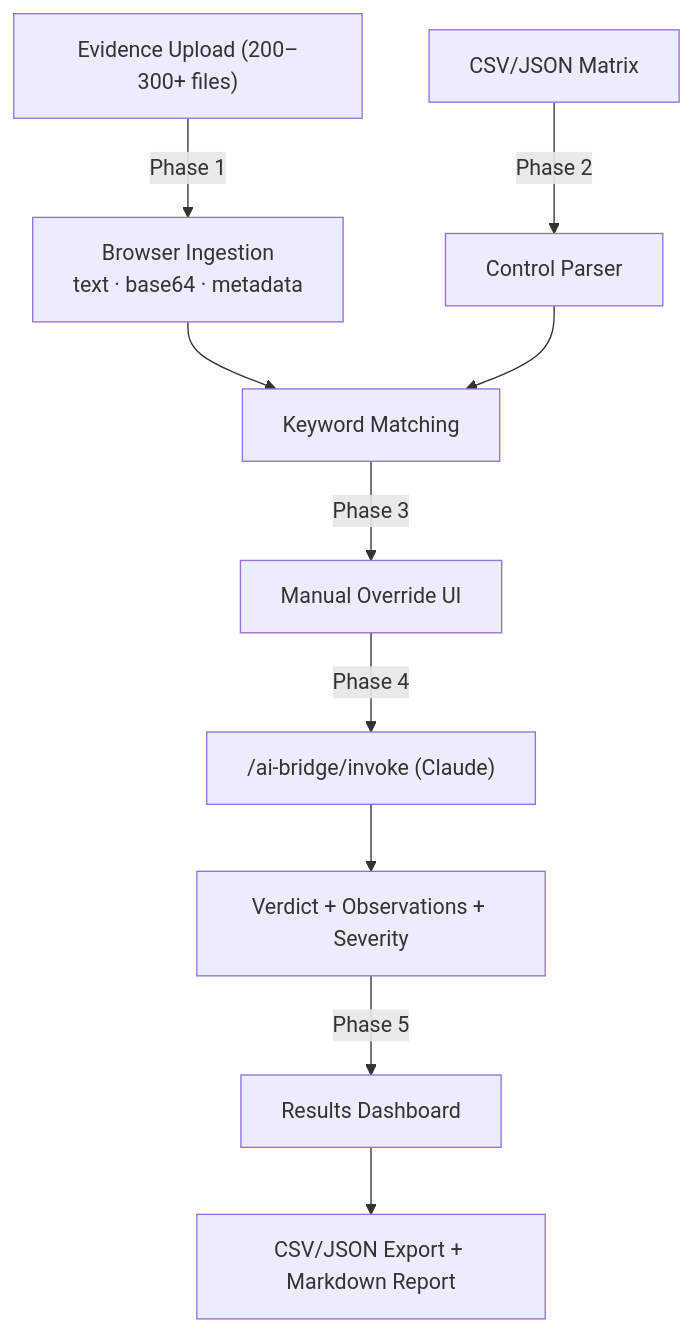
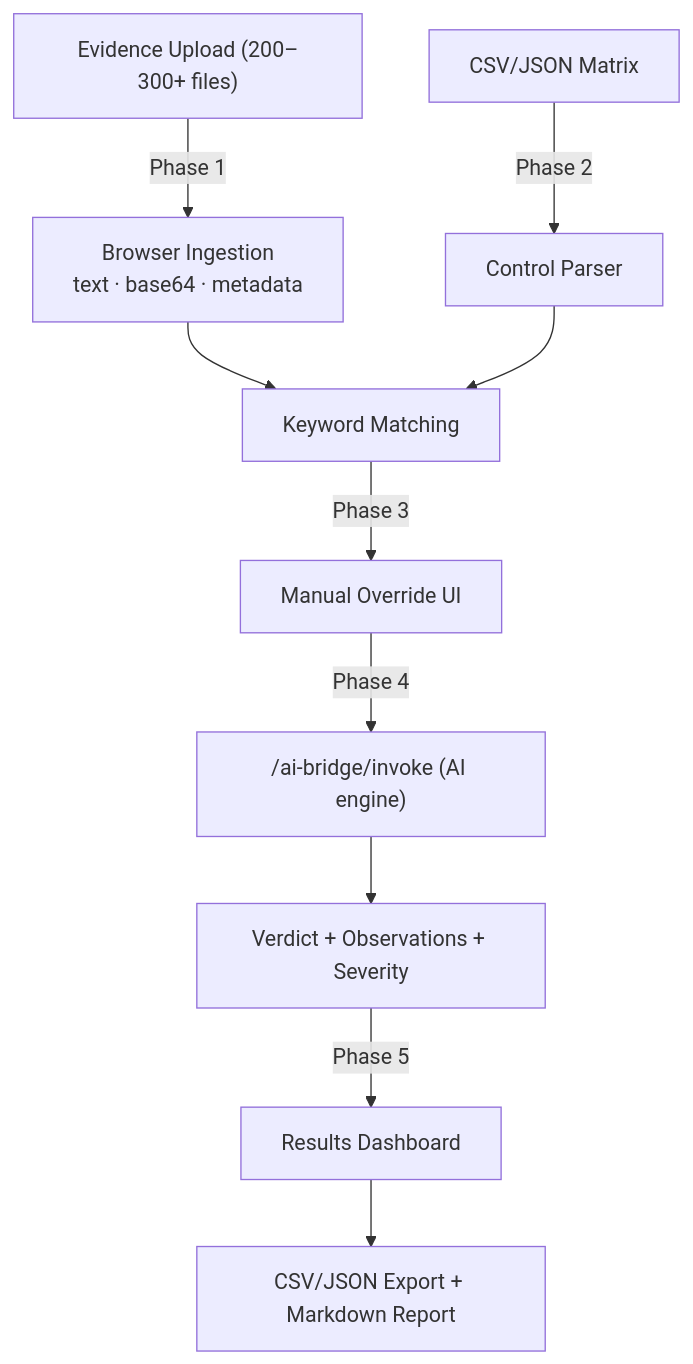
The sixth of 32 diagrams in concepts/Applications.md (transilienceai/docs), drawn with Mermaid before and after one commit. The commit also changed other lines of this file, not shown here.

````diff
--- a/concepts/Applications.md
+++ b/concepts/Applications.md
@@ -201,12 +201,12 @@
 ```mermaid
 flowchart TD
     A["Evidence Upload (200–300+ files)"] -->|Phase 1| B["Browser Ingestion<br/>text · base64 · metadata"]
     C["CSV/JSON Matrix"] -->|Phase 2| D["Control Parser"]
     B --> E["Keyword Matching"]
     D --> E
     E -->|Phase 3| F["Manual Override UI"]
-    F -->|Phase 4| G["/ai-bridge/invoke (Claude)"]
+    F -->|Phase 4| G["/ai-bridge/invoke (AI engine)"]
     G --> H["Verdict + Observations + Severity"]
     H -->|Phase 5| I["Results Dashboard"]
     I --> J["CSV/JSON Export + Markdown Report"]
 ```
````
